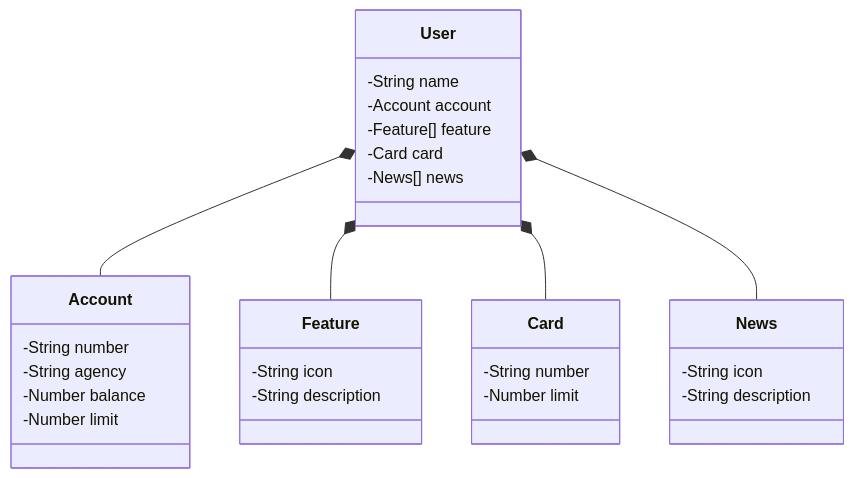
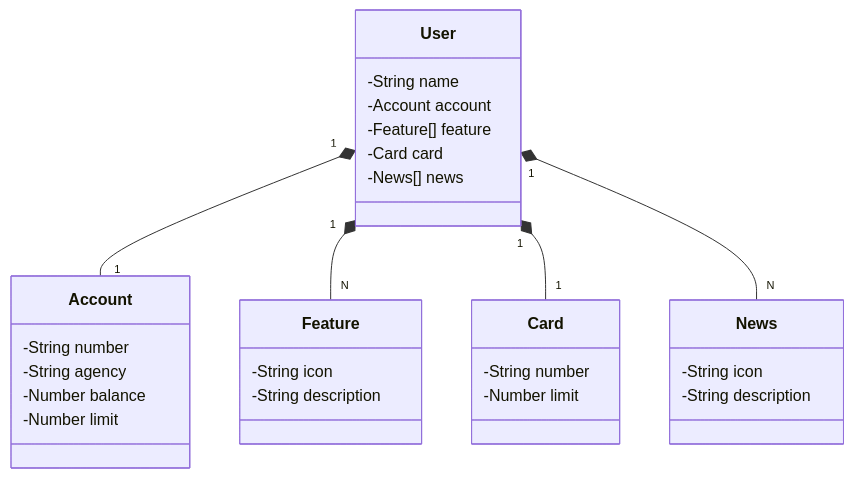
One commit to WalassiSilva/dio-java changed the diagram in spring-boot/satander-dev-week/README.md. Above: the diagram before and after it, drawn with Mermaid.

````diff
--- a/spring-boot/satander-dev-week/README.md
+++ b/spring-boot/satander-dev-week/README.md
@@ -5,37 +5,37 @@
 ```mermaid
 classDiagram
     class User {
         -String name
         -Account account
         -Feature[] feature
         -Card card
         -News[] news
     }
 
     class Account {
         -String number
         -String agency
         -Number balance
         -Number limit
     }
 
     class Feature {
         -String icon
         -String description
     }
 
     class Card {
         -String number
         -Number limit
     }
 
     class News {
         -String icon
         -String description
     }
 
-    User *-- Account
-    User *-- Feature
-    User *-- Card
-    User *-- News
+    User "1" *-- "1" Account
+    User "1" *-- "N" Feature
+    User "1" *-- "1" Card 
+    User "1" *-- "N" News
 ```
````
